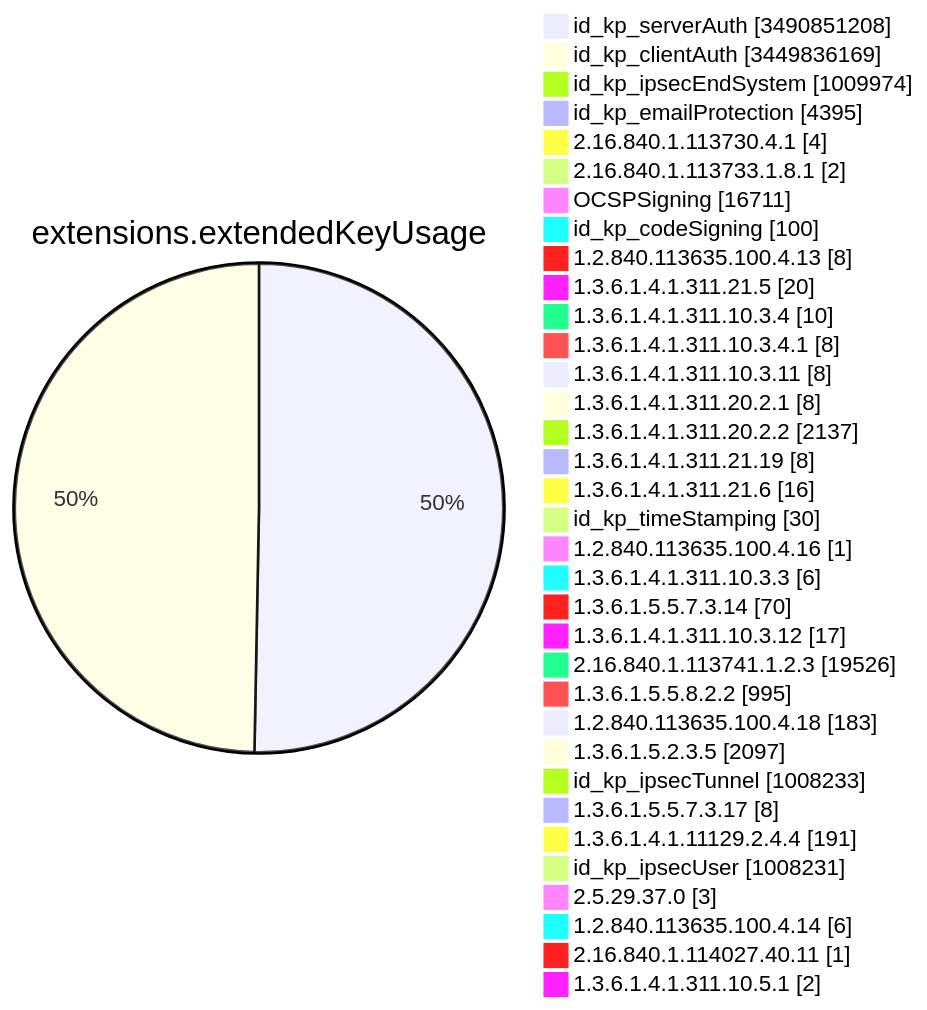
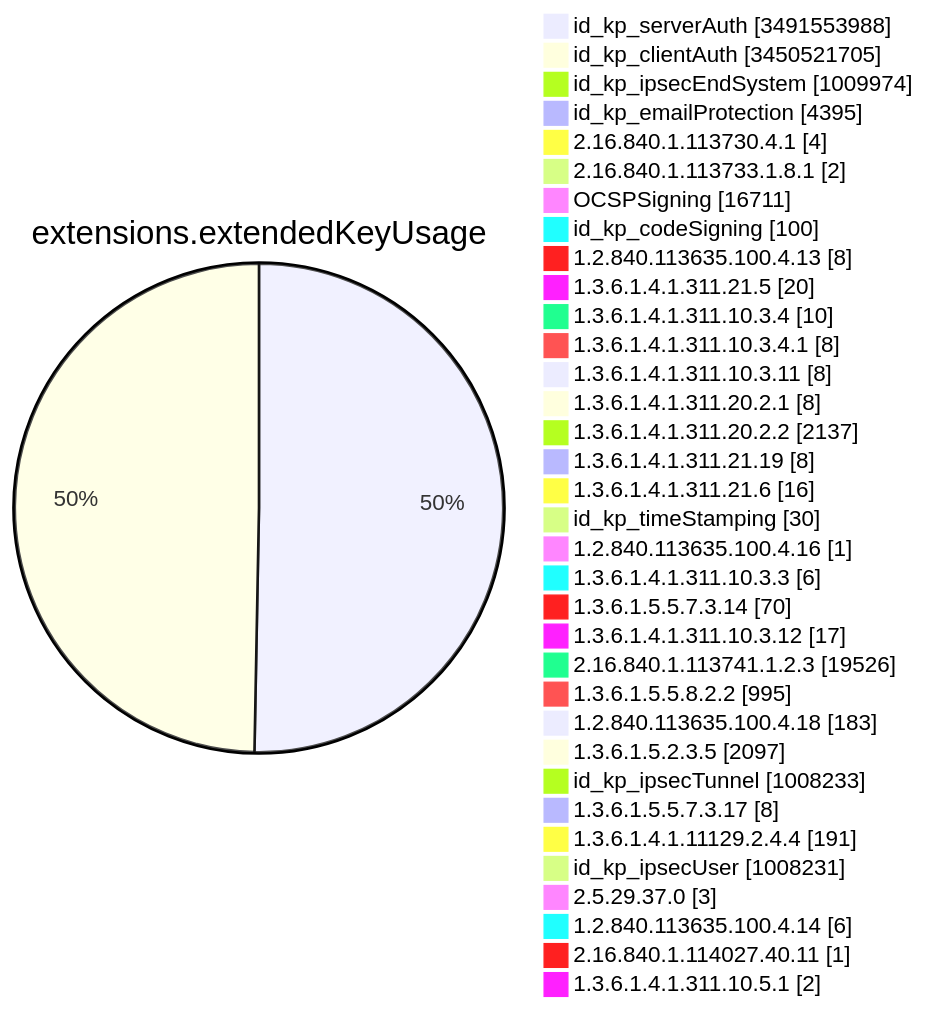
One commit to christiankrug/ctmonitor_visualization changed diagram 11 of 15 in TOTAL/README.md. Above: the diagram before and after it, drawn with Mermaid. The commit also changed other lines of this file, not shown here.

````diff
--- a/TOTAL/README.md
+++ b/TOTAL/README.md
@@ -4124,38 +4124,38 @@
 ```mermaid
 pie showData
 title extensions.extendedKeyUsage
-"id_kp_serverAuth" :3490851208
-"id_kp_clientAuth" :3449836169
+"id_kp_serverAuth" :3491553988
+"id_kp_clientAuth" :3450521705
 "id_kp_ipsecEndSystem" :1009974
 "id_kp_emailProtection" :4395
 "2.16.840.1.113730.4.1" :4
 "2.16.840.1.113733.1.8.1" :2
 "OCSPSigning" :16711
 "id_kp_codeSigning" :100
 "1.2.840.113635.100.4.13" :8
 "1.3.6.1.4.1.311.21.5" :20
 "1.3.6.1.4.1.311.10.3.4" :10
 "1.3.6.1.4.1.311.10.3.4.1" :8
 "1.3.6.1.4.1.311.10.3.11" :8
 "1.3.6.1.4.1.311.20.2.1" :8
 "1.3.6.1.4.1.311.20.2.2" :2137
 "1.3.6.1.4.1.311.21.19" :8
 "1.3.6.1.4.1.311.21.6" :16
 "id_kp_timeStamping" :30
 "1.2.840.113635.100.4.16" :1
 "1.3.6.1.4.1.311.10.3.3" :6
 "1.3.6.1.5.5.7.3.14" :70
 "1.3.6.1.4.1.311.10.3.12" :17
 "2.16.840.1.113741.1.2.3" :19526
 "1.3.6.1.5.5.8.2.2" :995
 "1.2.840.113635.100.4.18" :183
 "1.3.6.1.5.2.3.5" :2097
 "id_kp_ipsecTunnel" :1008233
 "1.3.6.1.5.5.7.3.17" :8
 "1.3.6.1.4.1.11129.2.4.4" :191
 "id_kp_ipsecUser" :1008231
 "2.5.29.37.0" :3
 "1.2.840.113635.100.4.14" :6
 "2.16.840.1.114027.40.11" :1
 "1.3.6.1.4.1.311.10.5.1" :2
 ```
````
